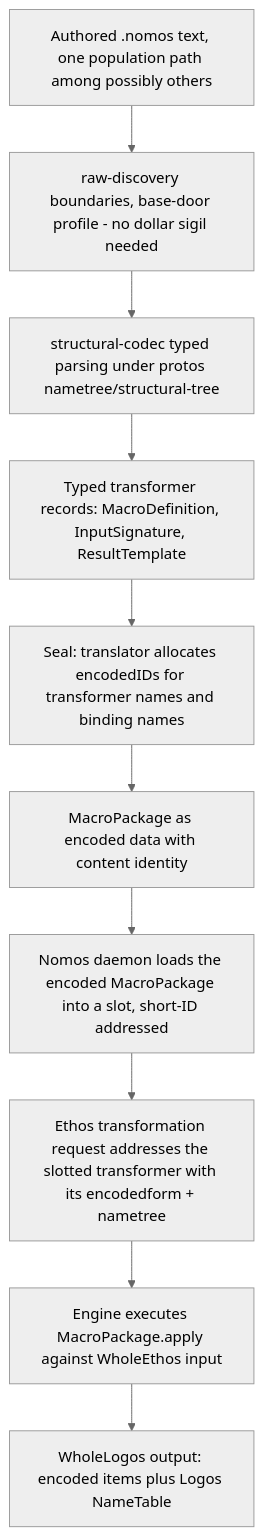
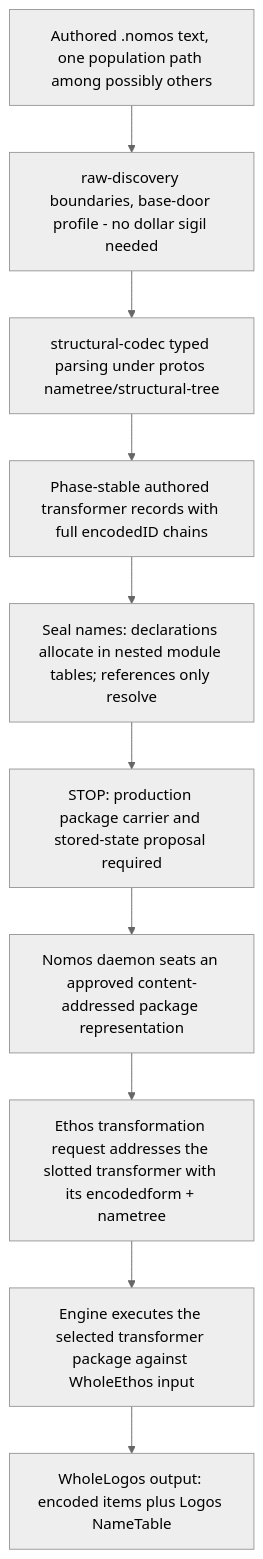
The first of 3 diagrams in reports/NomosAuthoredRulesDesign-2026-07-29.md (LiGoldragon/primary), drawn with Mermaid (neutral theme) before and after one commit. The commit also changed other lines of this file and 1 other file, not shown here.

Commit message:
reports: correct Nomos guidance and record capture removal

````diff
--- a/reports/NomosAuthoredRulesDesign-2026-07-29.md
+++ b/reports/NomosAuthoredRulesDesign-2026-07-29.md
@@ -642,12 +659,12 @@
 ```mermaid
 flowchart TD
   A[Authored .nomos text, one population path among possibly others] --> B[raw-discovery boundaries, base-door profile - no dollar sigil needed]
   B --> C[structural-codec typed parsing under protos nametree/structural-tree]
-  C --> D[Typed transformer records: MacroDefinition, InputSignature, ResultTemplate]
-  D --> E[Seal: translator allocates encodedIDs for transformer names and binding names]
-  E --> F[MacroPackage as encoded data with content identity]
-  F --> G[Nomos daemon loads the encoded MacroPackage into a slot, short-ID addressed]
+  C --> D[Phase-stable authored transformer records with full encodedID chains]
+  D --> E[Seal names: declarations allocate in nested module tables; references only resolve]
+  E --> F[STOP: production package carrier and stored-state proposal required]
+  F --> G[Nomos daemon seats an approved content-addressed package representation]
   G --> H[Ethos transformation request addresses the slotted transformer with its encodedform + nametree]
-  H --> I[Engine executes MacroPackage.apply against WholeEthos input]
+  H --> I[Engine executes the selected transformer package against WholeEthos input]
   I --> J[WholeLogos output: encoded items plus Logos NameTable]
 ```
````
